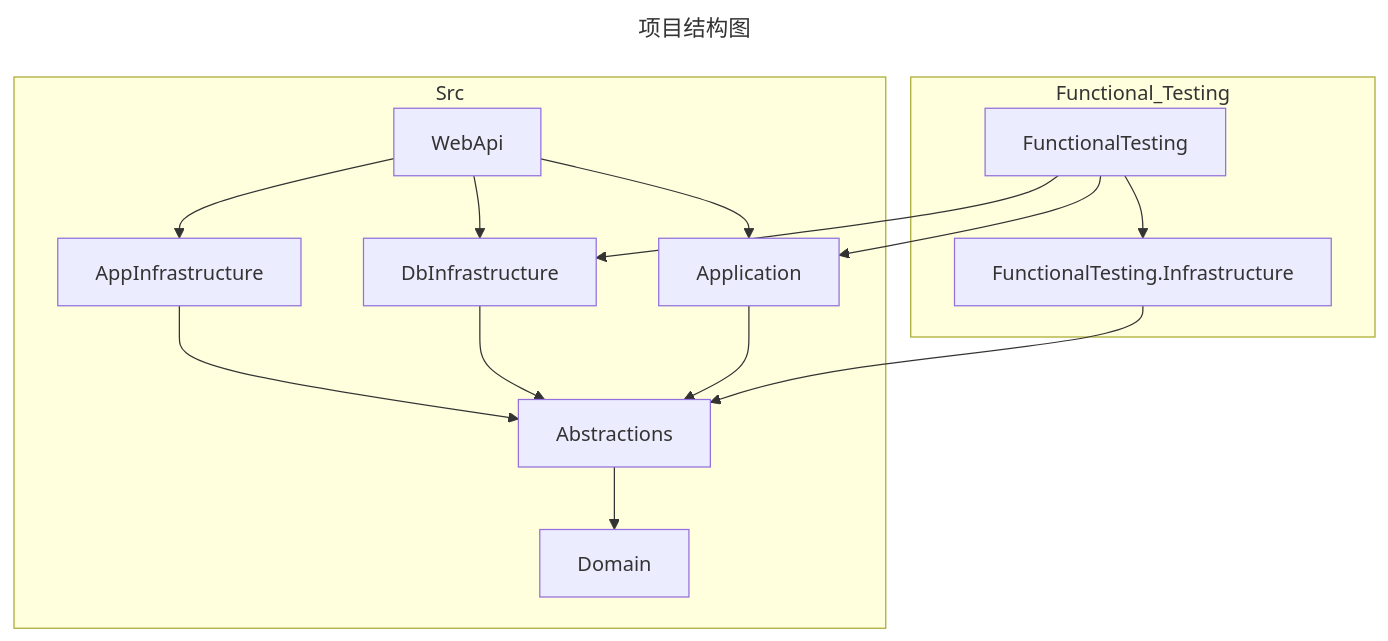
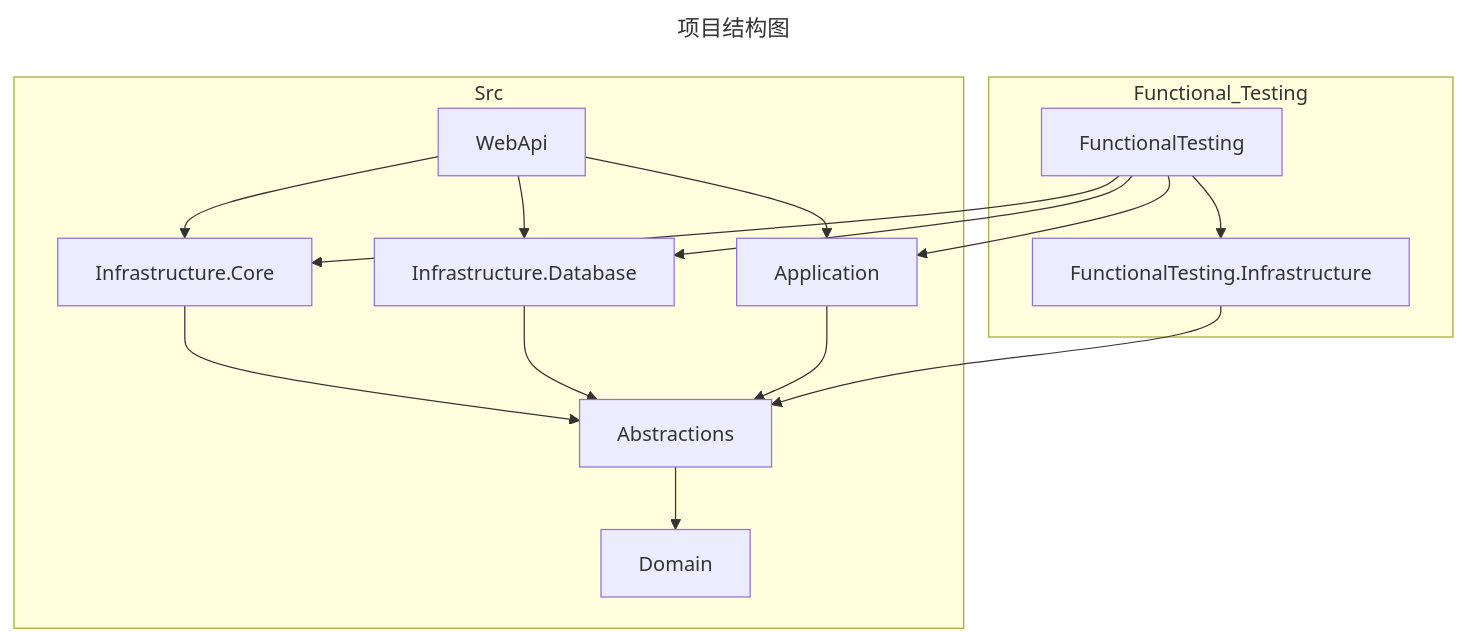
One commit to tsctsc6/MusicManagementDemo changed the first of 2 diagrams in doc/architecture.md. Above: the diagram before and after it, drawn with Mermaid. The commit also changed 2 other files, not shown here.

Commit message:
更新文档

````diff
--- a/doc/architecture.md
+++ b/doc/architecture.md
@@ -2,22 +2,23 @@
 ```mermaid
 ---
 title: 项目结构图
 ---
 flowchart TD
     subgraph Src
-    WebApi --> AppInfrastructure
-    WebApi --> DbInfrastructure
+    WebApi --> Infrastructure.Core
+    WebApi --> Infrastructure.Database
     WebApi --> Application
-    AppInfrastructure --> Abstractions
-    DbInfrastructure --> Abstractions
+    Infrastructure.Core --> Abstractions
+    Infrastructure.Database --> Abstractions
     Application --> Abstractions
     Abstractions --> Domain
     end
 
     subgraph Functional_Testing
-    FunctionalTesting --> DbInfrastructure
+    FunctionalTesting --> Infrastructure.Core
+    FunctionalTesting --> Infrastructure.Database
     FunctionalTesting --> Application
     FunctionalTesting --> FunctionalTesting.Infrastructure
     FunctionalTesting.Infrastructure --> Abstractions
     end
 ```
````
